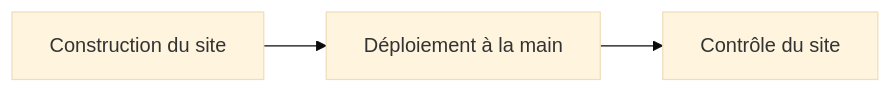
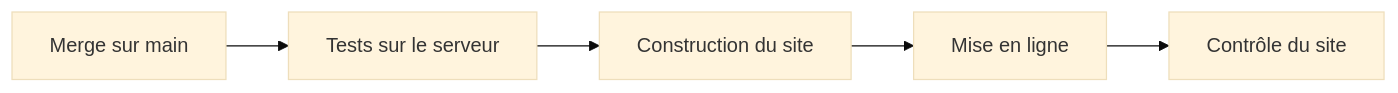
The diagram in hlyja/technique/conventions.humain.md (design-cpu/yeita-recrutement), drawn with Mermaid (base theme) before and after one commit. The commit also changed other lines of this file and 25 other files, not shown here.

````diff
--- a/hlyja/technique/conventions.humain.md
+++ b/hlyja/technique/conventions.humain.md
@@ -34,5 +35,7 @@
 ```mermaid
 flowchart LR
-  A[Construction du site] --> B[Déploiement à la main]
+  M[Merge sur main] --> T[Tests sur le serveur]
+  T --> A[Construction du site]
+  A --> B[Mise en ligne]
   B --> C[Contrôle du site]
 ```
````
